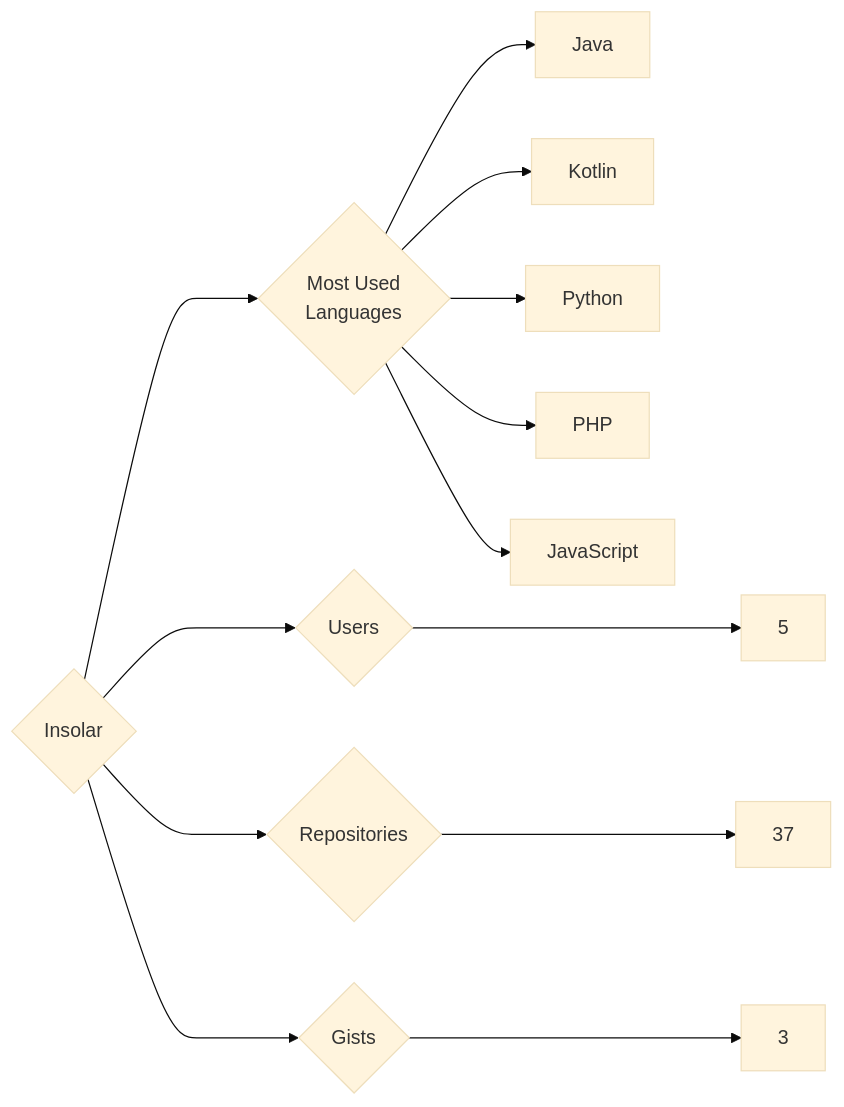
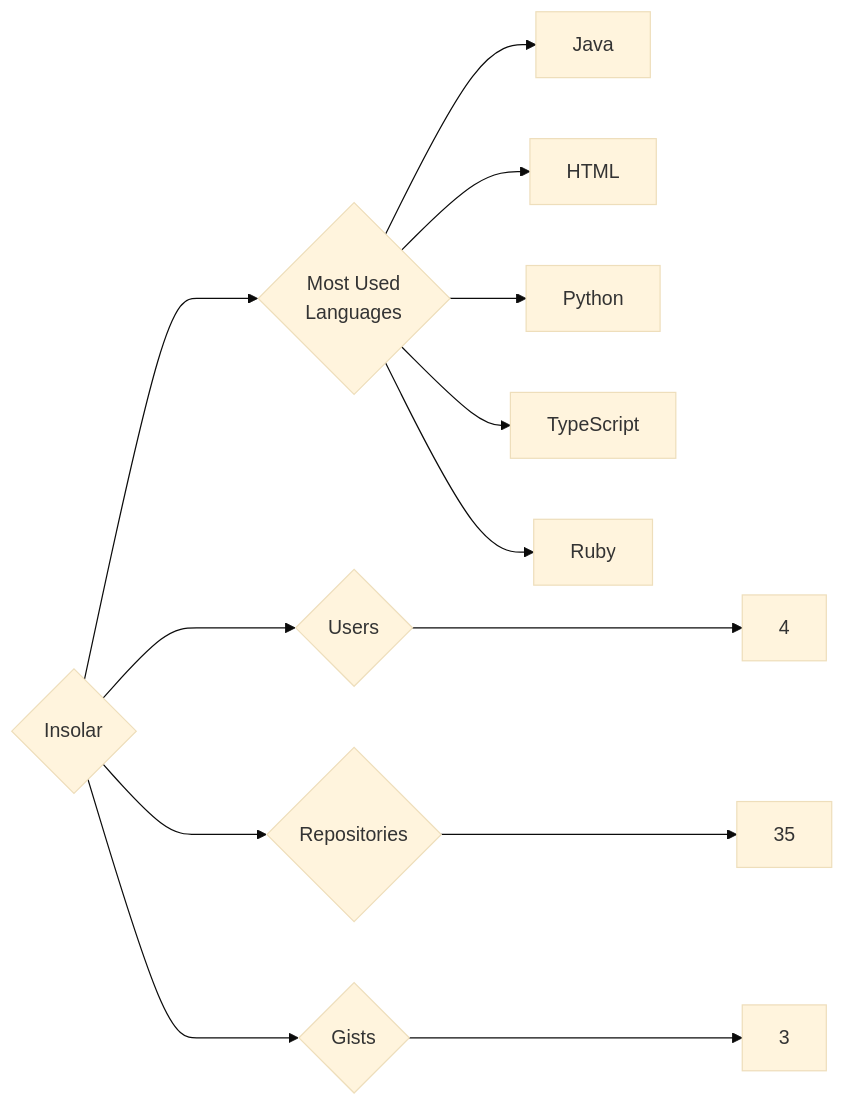
Before and after one commit to trickest/insiders: the diagram in targets/Insolar/README.md, drawn with Mermaid (base theme). The commit also changed 899 other files, not shown here.

````diff
--- a/targets/Insolar/README.md
+++ b/targets/Insolar/README.md
@@ -3,13 +3,13 @@
 ```mermaid
 graph LR
 COMPANY_NAME{Insolar}
-COMPANY_NAME ---> U{Users} ---> UN[5]
-COMPANY_NAME ---> R{Repositories} ---> RN[37]
+COMPANY_NAME ---> U{Users} ---> UN[4]
+COMPANY_NAME ---> R{Repositories} ---> RN[35]
 COMPANY_NAME ---> G{Gists} ---> GN[3]
 COMPANY_NAME ---> ML{Most Used<br>Languages}
 ML --> Java[Java]
-ML --> Kotlin[Kotlin]
+ML --> HTML[HTML]
 ML --> Python[Python]
-ML --> PHP[PHP]
-ML --> JavaScript[JavaScript]
+ML --> TypeScript[TypeScript]
+ML --> Ruby[Ruby]
 ```
````
